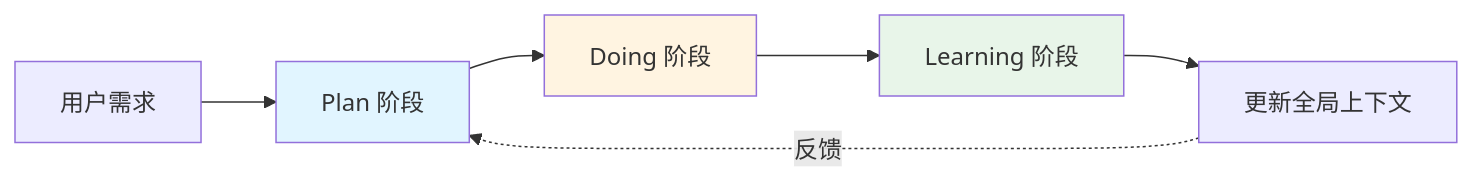
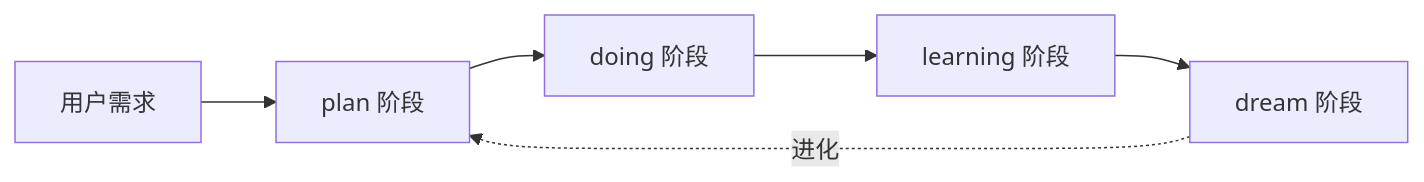
The first of 2 diagrams in wiki/runtime-flow.md (logic-math/rick), drawn with Mermaid before and after one commit. The commit also changed other lines of this file and 17 other files, not shown here.

````diff
--- a/wiki/runtime-flow.md
+++ b/wiki/runtime-flow.md
@@ -22,12 +7,8 @@
 ```mermaid
-graph LR
-    A[用户需求] --> B[Plan 阶段]
-    B --> C[Doing 阶段]
-    C --> D[Learning 阶段]
-    D --> E[更新全局上下文]
-    E -.反馈.-> B
-
-    style B fill:#e1f5ff
-    style C fill:#fff4e1
-    style D fill:#e8f5e9
+flowchart LR
+    A[用户需求] --> B[plan 阶段]
+    B --> C[doing 阶段]
+    C --> D[learning 阶段]
+    D --> E[dream 阶段]
+    E -.进化.-> B
 ```
````
